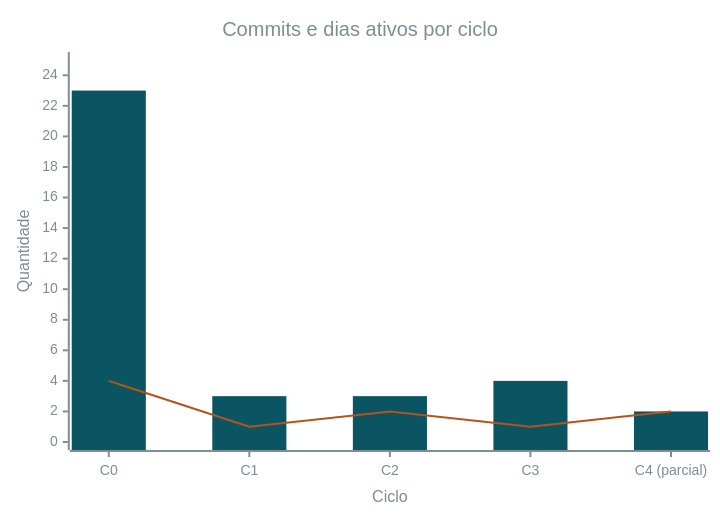
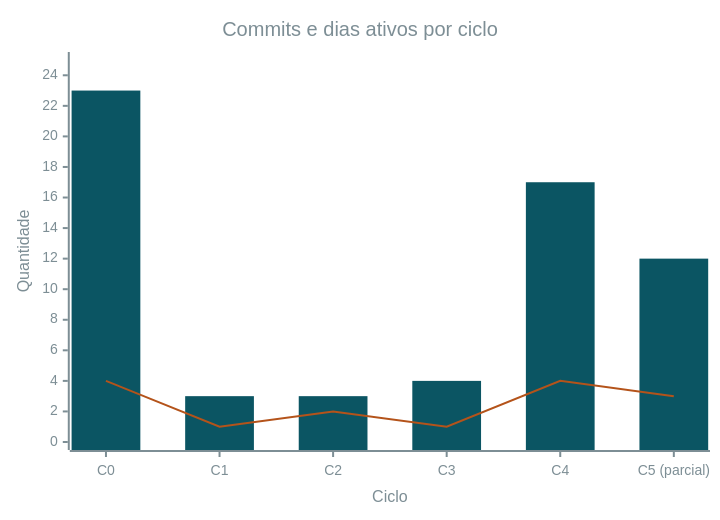
Before and after one commit to FCTE-Qualidade-de-Software-1/2026-2_T02_FRANCES_ALLEN: diagram 26 of 29 in docs/gestao/registro-de-medicoes.md, drawn with Mermaid. The commit also changed other lines of this file and 2 other files, not shown here.

First line of the commit message:
PSM: fechamento do ciclo 4 e coleta parcial do ciclo 5

````diff
--- a/docs/gestao/registro-de-medicoes.md
+++ b/docs/gestao/registro-de-medicoes.md
@@ -778,24 +973,24 @@
 ```mermaid
 ---
 config:
   themeVariables:
     xyChart:
       plotColorPalette: "#0B5563, #B4531A"
       titleColor: "#7D8E95"
       xAxisLabelColor: "#7D8E95"
       xAxisTitleColor: "#7D8E95"
       xAxisLineColor: "#7D8E95"
       xAxisTickColor: "#7D8E95"
       yAxisLabelColor: "#7D8E95"
       yAxisTitleColor: "#7D8E95"
       yAxisLineColor: "#7D8E95"
       yAxisTickColor: "#7D8E95"
       backgroundColor: "transparent"
 ---
 xychart-beta
     title "Commits e dias ativos por ciclo"
-    x-axis "Ciclo" ["C0", "C1", "C2", "C3", "C4 (parcial)"]
+    x-axis "Ciclo" ["C0", "C1", "C2", "C3", "C4", "C5 (parcial)"]
     y-axis "Quantidade" 0 --> 25
-    bar [23, 3, 3, 4, 2]
-    line [4, 1, 2, 1, 2]
+    bar [23, 3, 3, 4, 17, 12]
+    line [4, 1, 2, 1, 4, 3]
 ```
````
